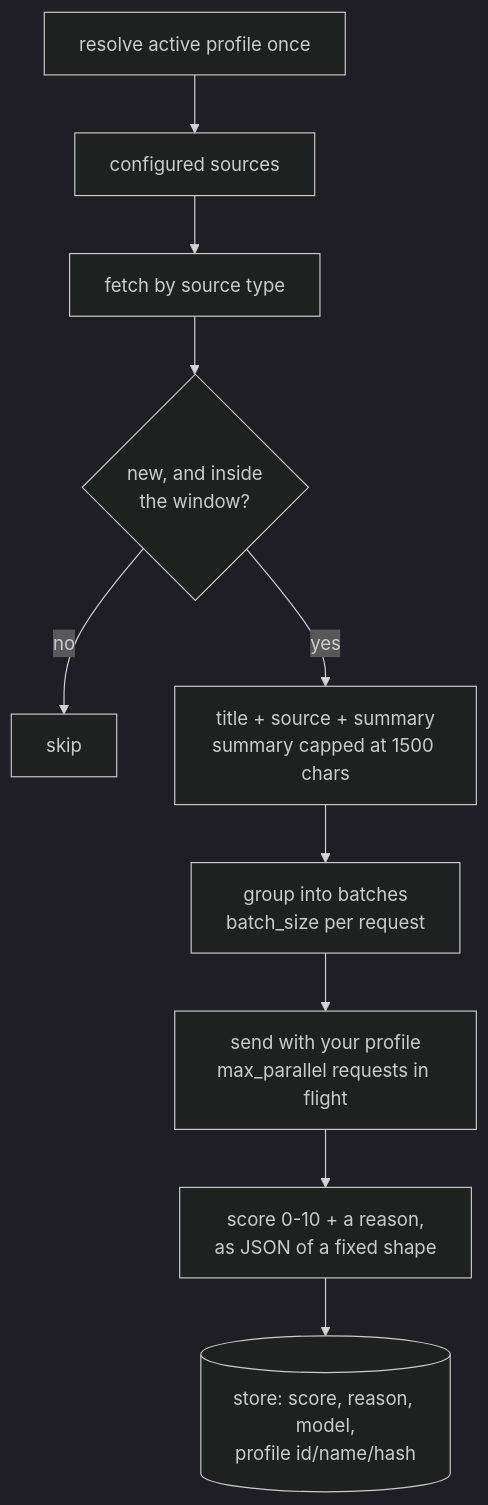
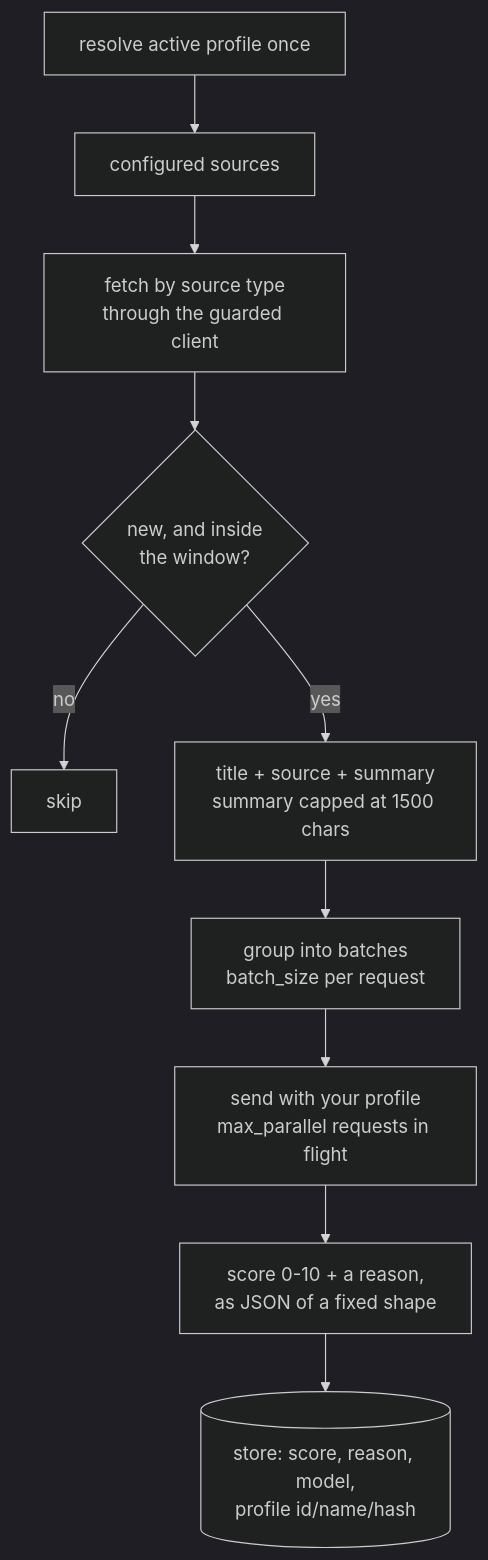
One commit to DanielBlei/rabbithole changed the second of 2 diagrams in docs/architecture.md. Above: the diagram before and after it, drawn with Mermaid (dark theme). The commit also changed other lines of this file and 26 other files, not shown here.

First line of the commit message:
fix(feeds): fetch feeds through the safe http client

````diff
--- a/docs/architecture.md
+++ b/docs/architecture.md
@@ -48,12 +48,12 @@
 ```mermaid
 flowchart TD
     P[resolve active profile once] --> A
-    A[configured sources] --> B[fetch by source type]
+    A[configured sources] --> B[fetch by source type<br/>through the guarded client]
     B --> C{new, and inside<br/>the window?}
     C -- no --> D[skip]
     C -- yes --> E[title + source + summary<br/>summary capped at 1500 chars]
     E --> F[group into batches<br/>batch_size per request]
     F --> G[send with your profile<br/>max_parallel requests in flight]
     G --> H[score 0-10 + a reason,<br/>as JSON of a fixed shape]
     H --> I[(store: score, reason, model,<br/>profile id/name/hash)]
 ```
````
